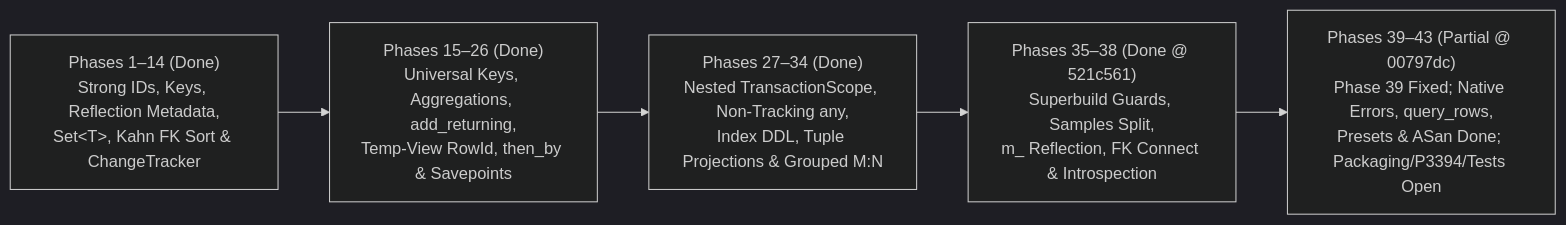
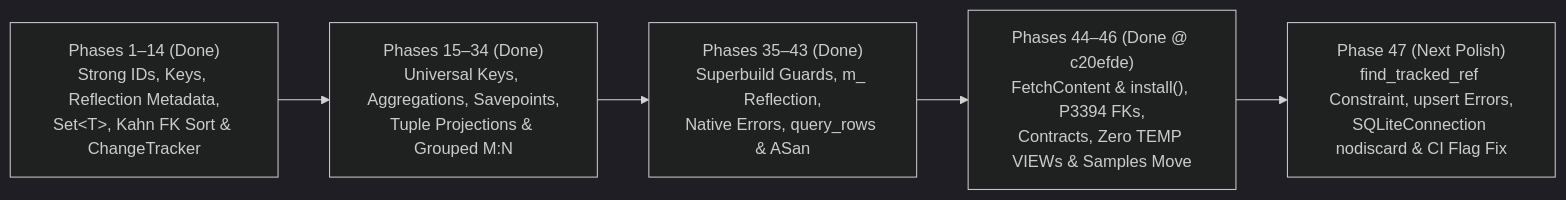
Before and after one commit to mythrz/CodeFirstCppDB_sqlgen: the first of 2 diagrams in readme4.md, drawn with Mermaid (dark theme). The commit also changed other lines of this file, not shown here.

````diff
--- a/readme4.md
+++ b/readme4.md
@@ -221,7 +228,7 @@
 ```mermaid
 flowchart LR
-    P114["Phases 1–14 (Done)<br/>Strong IDs, Keys, Reflection Metadata,<br/>Set&lt;T&gt;, Kahn FK Sort &amp; ChangeTracker"] --> P1526["Phases 15–26 (Done)<br/>Universal Keys, Aggregations, add_returning,<br/>Temp-View RowId, then_by &amp; Savepoints"]
-    P1526 --> P2734["Phases 27–34 (Done)<br/>Nested TransactionScope, Non-Tracking any,<br/>Index DDL, Tuple Projections &amp; Grouped M:N"]
-    P2734 --> P3538["Phases 35–38 (Done @ 521c561)<br/>Superbuild Guards, Samples Split,<br/>m_ Reflection, FK Connect &amp; Introspection"]
-    P3538 --> P3943["Phases 39–43 (Partial @ 00797dc)<br/>Phase 39 Fixed; Native Errors, query_rows,<br/>Presets &amp; ASan Done; Packaging/P3394/Tests Open"]
+    P114["Phases 1–14 (Done)<br/>Strong IDs, Keys, Reflection Metadata,<br/>Set&lt;T&gt;, Kahn FK Sort &amp; ChangeTracker"] --> P1534["Phases 15–34 (Done)<br/>Universal Keys, Aggregations, Savepoints,<br/>Tuple Projections &amp; Grouped M:N"]
+    P1534 --> P3543["Phases 35–43 (Done)<br/>Superbuild Guards, m_ Reflection,<br/>Native Errors, query_rows &amp; ASan"]
+    P3543 --> P4446["Phases 44–46 (Done @ c20efde)<br/>FetchContent &amp; install(), P3394 FKs,<br/>Contracts, Zero TEMP VIEWs &amp; Samples Move"]
+    P4446 --> P47["Phase 47 (Next Polish)<br/>find_tracked_ref Constraint, upsert Errors,<br/>SQLiteConnection nodiscard &amp; CI Flag Fix"]
 ```
````
